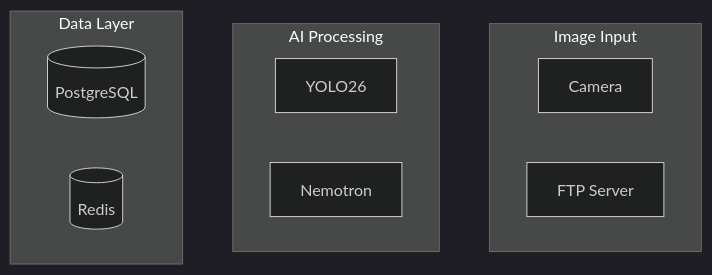
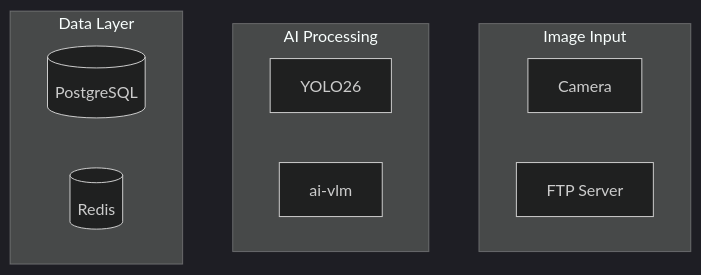
Before and after one commit to mikesvoboda/nemotron-v3-home-security-intelligence: the fourth of 13 diagrams in docs/style-guides/diagrams.md, drawn with Mermaid. The commit also changed other lines of this file and 231 other files, not shown here.

````diff
--- a/docs/style-guides/diagrams.md
+++ b/docs/style-guides/diagrams.md
@@ -197,18 +197,18 @@
 ```mermaid
 %%{init: {'theme': 'dark'}}%%
 flowchart TB
     subgraph Input["Image Input"]
         CAM[Camera]
         FTP[FTP Server]
     end
 
     subgraph Processing["AI Processing"]
         YOLO[YOLO26]
-        NEM[Nemotron]
+        VLM[ai-vlm]
     end
 
     subgraph Storage["Data Layer"]
         DB[(PostgreSQL)]
         REDIS[(Redis)]
     end
 ```
````
